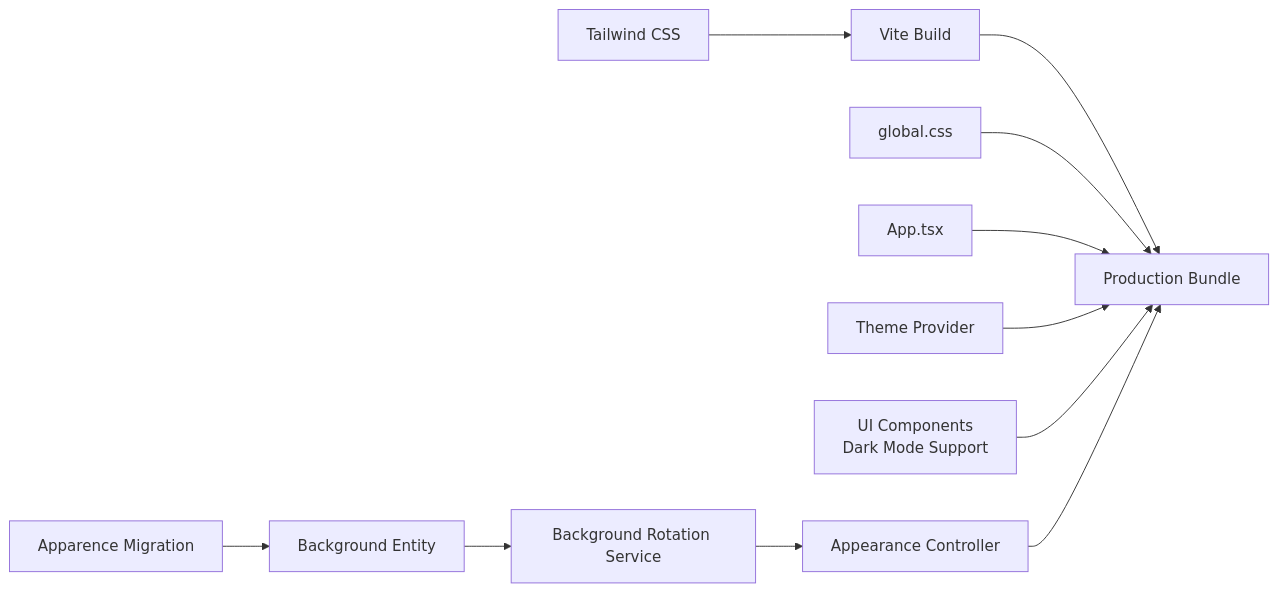
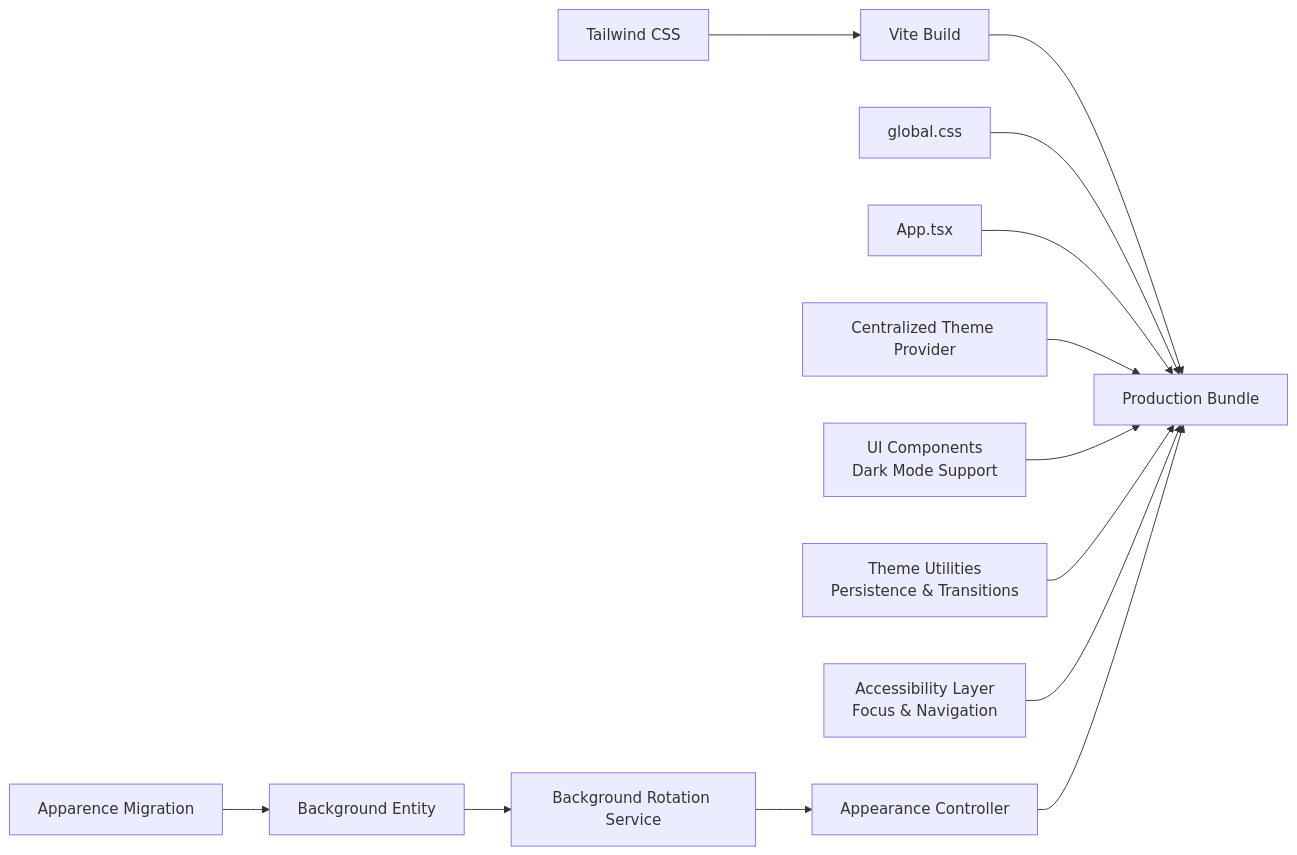
One commit to franckylab/eLISAschool changed the fifth of 5 diagrams in .qoder/repowiki/en/content/System Architecture/Frontend Architecture/Styling & Theming.md. Above: the diagram before and after it, drawn with Mermaid. The commit also changed other lines of this file and 85 other files, not shown here.

````diff
--- a/.qoder/repowiki/en/content/System Architecture/Frontend Architecture/Styling & Theming.md
+++ b/.qoder/repowiki/en/content/System Architecture/Frontend Architecture/Styling & Theming.md
@@ -367,13 +435,15 @@
 ```mermaid
 graph LR
 Tailwind["Tailwind CSS"] --> Build["Vite Build"]
 Build --> Bundle["Production Bundle"]
 GlobalCSS["global.css"] --> Bundle
 AppShell["App.tsx"] --> Bundle
-ThemeProvider["Theme Provider"] --> Bundle
+ThemeProvider["Centralized Theme Provider"] --> Bundle
 Components["UI Components<br/>Dark Mode Support"] --> Bundle
+ThemeUtils["Theme Utilities<br/>Persistence & Transitions"] --> Bundle
+Accessibility["Accessibility Layer<br/>Focus & Navigation"] --> Bundle
 API["Appearance Controller"] --> Bundle
 Svc["Background Rotation Service"] --> API
 Entity["Background Entity"] --> Svc
 Migration["Apparence Migration"] --> Entity
 ```
````
